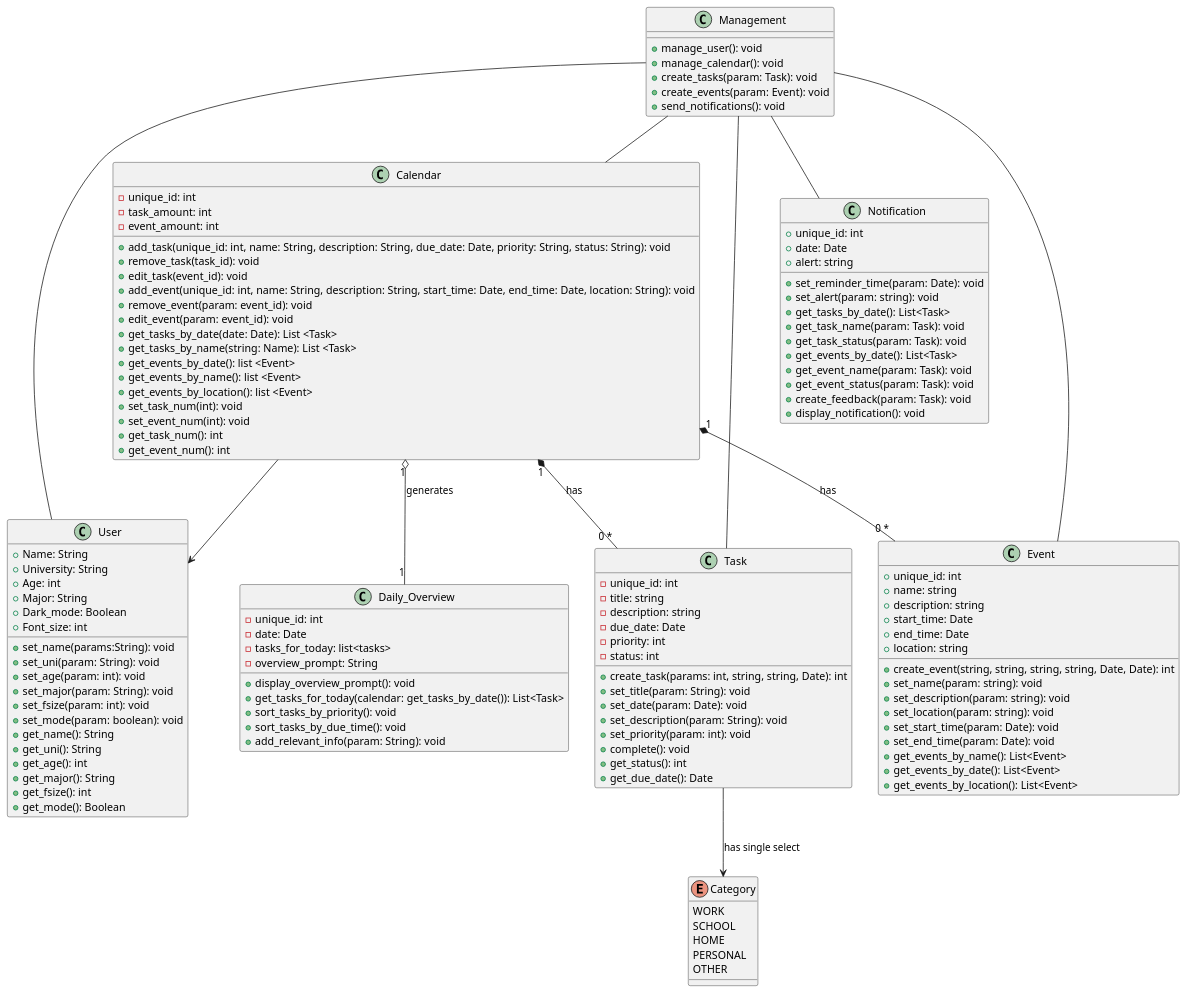
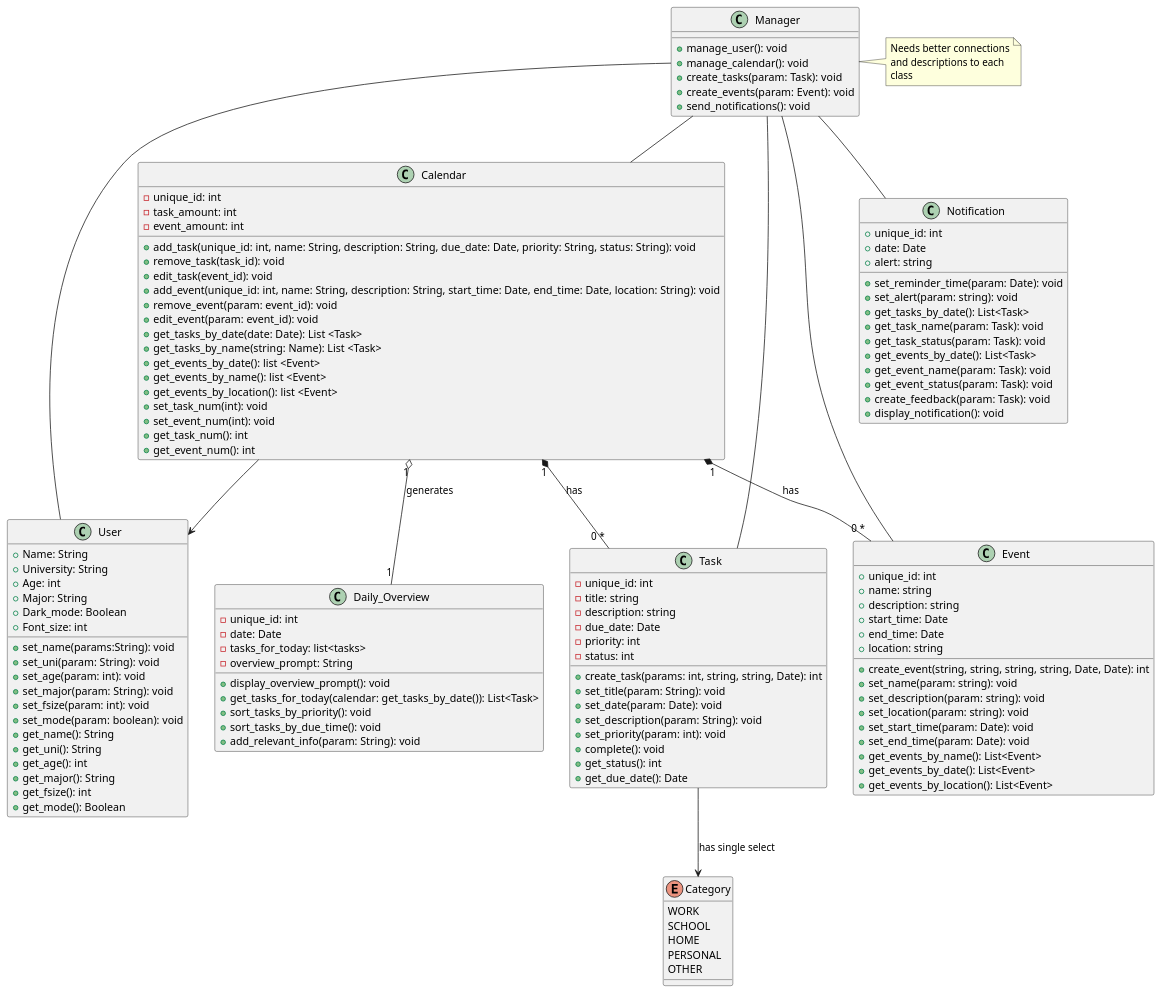
One commit to CS361-2024Fall-Term/Innovators changed the diagram in assignment6/Diagram.puml. Above: the diagram before and after it, drawn with PlantUML.

Commit message:
Updated management class to manager class

```diff
--- a/assignment6/Diagram.puml
+++ b/assignment6/Diagram.puml
@@ -1,139 +1,143 @@
 @startuml
 
 class User {
   +Name: String
   +University: String
   +Age: int
   +Major: String
   +Dark_mode: Boolean
   +Font_size: int
   +set_name(params:String): void
   +set_uni(param: String): void
   +set_age(param: int): void
   +set_major(param: String): void
   +set_fsize(param: int): void
   +set_mode(param: boolean): void
   +get_name(): String
   +get_uni(): String
   +get_age(): int
   +get_major(): String
   +get_fsize(): int
   +get_mode(): Boolean
- 
 }
 
 class Calendar {
   -unique_id: int  
   -task_amount: int
   -event_amount: int
   +add_task(unique_id: int, name: String, description: String, due_date: Date, priority: String, status: String): void
   +remove_task(task_id): void
   +edit_task(event_id): void
   +add_event(unique_id: int, name: String, description: String, start_time: Date, end_time: Date, location: String): void
   +remove_event(param: event_id): void
   +edit_event(param: event_id): void
   +get_tasks_by_date(date: Date): List <Task>
   +get_tasks_by_name(string: Name): List <Task>
   +get_events_by_date(): list <Event>
   +get_events_by_name(): list <Event>
   +get_events_by_location(): list <Event>
   +set_task_num(int): void
   +set_event_num(int): void
   +get_task_num(): int
   +get_event_num(): int
 }
 
 class Task {
   -unique_id: int
   -title: string
   -description: string
   -due_date: Date
   -priority: int
   -status: int
   +create_task(params: int, string, string, Date): int
   +set_title(param: String): void
   +set_date(param: Date): void
   +set_description(param: String): void
   +set_priority(param: int): void
   +complete(): void
   +get_status(): int
   +get_due_date(): Date
 }
 
 enum Category {
   WORK
   SCHOOL
   HOME
   PERSONAL
   OTHER
 }
 
 class Notification {
   +unique_id: int  
   +date: Date
   +alert: string
   
   +set_reminder_time(param: Date): void
   +set_alert(param: string): void
   +get_tasks_by_date(): List<Task>
   +get_task_name(param: Task): void
   +get_task_status(param: Task): void
   +get_events_by_date(): List<Task>
   +get_event_name(param: Task): void
   +get_event_status(param: Task): void
   +create_feedback(param: Task): void
   +display_notification(): void
 }
 
 class Event {
   +unique_id: int  
   +name: string
   +description: string
   +start_time: Date
   +end_time: Date
   +location: string
   +create_event(string, string, string, string, Date, Date): int
   +set_name(param: string): void
   +set_description(param: string): void
   +set_location(param: string): void
   +set_start_time(param: Date): void
   +set_end_time(param: Date): void
   +get_events_by_name(): List<Event>
   +get_events_by_date(): List<Event>
   +get_events_by_location(): List<Event>
 }
 
 class Daily_Overview {
     -unique_id: int
     -date: Date
     -tasks_for_today: list<tasks>
     -overview_prompt: String
 
     +display_overview_prompt(): void
     +get_tasks_for_today(calendar: get_tasks_by_date()): List<Task>
     +sort_tasks_by_priority(): void
     +sort_tasks_by_due_time(): void
     +add_relevant_info(param: String): void
 }
 
-class Management {
+class Manager {
   +manage_user(): void
   +manage_calendar(): void
   +create_tasks(param: Task): void
   +create_events(param: Event): void
   +send_notifications(): void
 }
 
-Management -- User
-Management -- Calendar
-Management -- Task
-Management -- Event
-Management -- Notification
+note right of Manager
+  Needs better connections
+  and descriptions to each
+  class
+end note
+Manager -- User
+Manager -- Calendar
+Manager -- Task
+Manager -- Event
+Manager -- Notification
 
 Calendar --> User
 Calendar "1" *-- "0 *" Task : "has"
 Calendar "1" *-- "0 *" Event : "has"
 Calendar "1" o-- "1" Daily_Overview : "generates"
 Task --> Category : "has single select"
 
 @enduml
```
